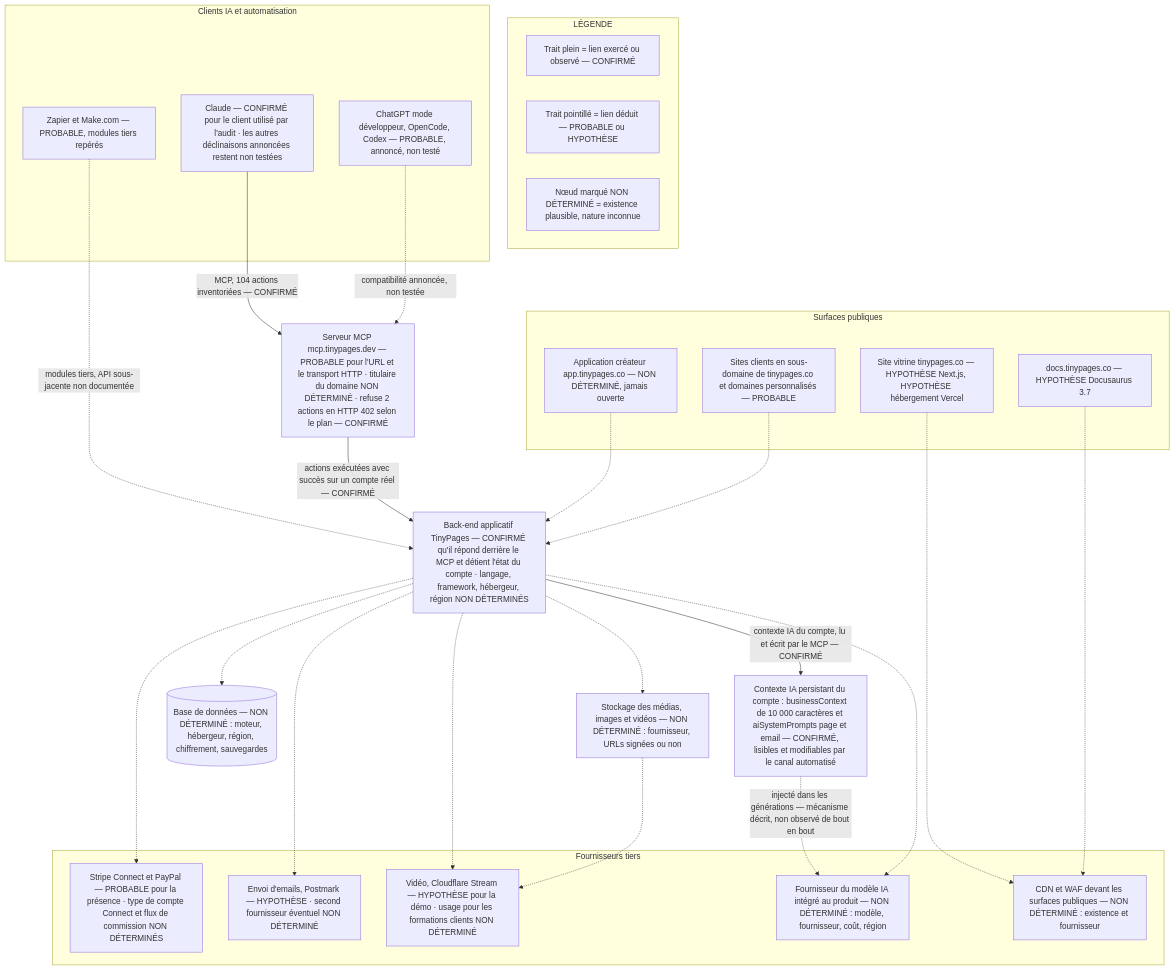
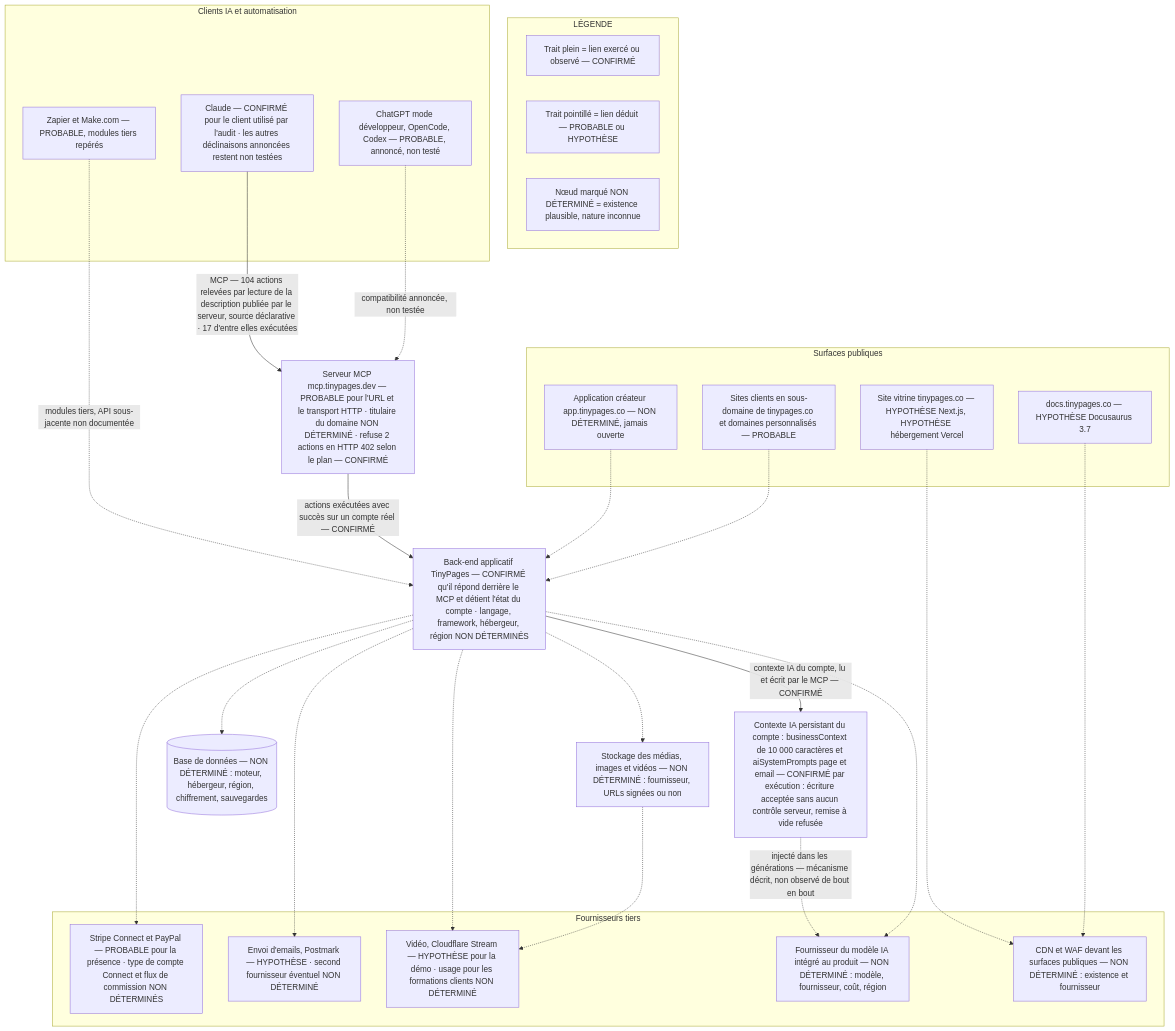
The diagram in audit/livrables/02_analyse_technique.md (lahynathan/ais-os), drawn with Mermaid before and after one commit. The commit also changed other lines of this file and 8 other files, not shown here.

````diff
--- a/audit/livrables/02_analyse_technique.md
+++ b/audit/livrables/02_analyse_technique.md
@@ -27,56 +31,56 @@
 ```mermaid
 flowchart TB
     subgraph LEG["LÉGENDE"]
         LG1["Trait plein = lien exercé ou observé — CONFIRMÉ"]
         LG2["Trait pointillé = lien déduit — PROBABLE ou HYPOTHÈSE"]
         LG3["Nœud marqué NON DÉTERMINÉ = existence plausible, nature inconnue"]
     end
 
     subgraph CLI["Clients IA et automatisation"]
         CLA["Claude — CONFIRMÉ pour le client utilisé par l'audit · les autres déclinaisons annoncées restent non testées"]
         AUT["ChatGPT mode développeur, OpenCode, Codex — PROBABLE, annoncé, non testé"]
         ZAP["Zapier et Make.com — PROBABLE, modules tiers repérés"]
     end
 
     subgraph EDGE["Surfaces publiques"]
         SITE["Site vitrine tinypages.co — HYPOTHÈSE Next.js, HYPOTHÈSE hébergement Vercel"]
         DOCS["docs.tinypages.co — HYPOTHÈSE Docusaurus 3.7"]
         APP["Application créateur app.tinypages.co — NON DÉTERMINÉ, jamais ouverte"]
         TEN["Sites clients en sous-domaine de tinypages.co et domaines personnalisés — PROBABLE"]
     end
 
     MCPS["Serveur MCP mcp.tinypages.dev — PROBABLE pour l'URL et le transport HTTP · titulaire du domaine NON DÉTERMINÉ · refuse 2 actions en HTTP 402 selon le plan — CONFIRMÉ"]
 
     BACK["Back-end applicatif TinyPages — CONFIRMÉ qu'il répond derrière le MCP et détient l'état du compte · langage, framework, hébergeur, région NON DÉTERMINÉS"]
 
-    CTX["Contexte IA persistant du compte : businessContext de 10 000 caractères et aiSystemPrompts page et email — CONFIRMÉ, lisibles et modifiables par le canal automatisé"]
+    CTX["Contexte IA persistant du compte : businessContext de 10 000 caractères et aiSystemPrompts page et email — CONFIRMÉ par exécution : écriture acceptée sans aucun contrôle serveur, remise à vide refusée"]
 
     DB[("Base de données — NON DÉTERMINÉ : moteur, hébergeur, région, chiffrement, sauvegardes")]
     OBJ["Stockage des médias, images et vidéos — NON DÉTERMINÉ : fournisseur, URLs signées ou non"]
 
     subgraph EXT["Fournisseurs tiers"]
         PAY["Stripe Connect et PayPal — PROBABLE pour la présence · type de compte Connect et flux de commission NON DÉTERMINÉS"]
         MAIL["Envoi d'emails, Postmark — HYPOTHÈSE · second fournisseur éventuel NON DÉTERMINÉ"]
         VID["Vidéo, Cloudflare Stream — HYPOTHÈSE pour la démo · usage pour les formations clients NON DÉTERMINÉ"]
         LLM["Fournisseur du modèle IA intégré au produit — NON DÉTERMINÉ : modèle, fournisseur, coût, région"]
         CDN["CDN et WAF devant les surfaces publiques — NON DÉTERMINÉ : existence et fournisseur"]
     end
 
-    CLA -->|"MCP, 104 actions inventoriées — CONFIRMÉ"| MCPS
+    CLA -->|"MCP — 104 actions relevées par lecture de la description publiée par le serveur, source déclarative · 17 d'entre elles exécutées"| MCPS
     AUT -.->|"compatibilité annoncée, non testée"| MCPS
     ZAP -.->|"modules tiers, API sous-jacente non documentée"| BACK
     MCPS -->|"actions exécutées avec succès sur un compte réel — CONFIRMÉ"| BACK
     BACK -->|"contexte IA du compte, lu et écrit par le MCP — CONFIRMÉ"| CTX
     CTX -.->|"injecté dans les générations — mécanisme décrit, non observé de bout en bout"| LLM
     SITE -.-> CDN
     APP -.-> BACK
     TEN -.-> BACK
     DOCS -.-> CDN
     BACK -.-> DB
     BACK -.-> OBJ
     BACK -.-> PAY
     BACK -.-> MAIL
     BACK -.-> VID
     BACK -.-> LLM
     OBJ -.-> VID
 ```
````
